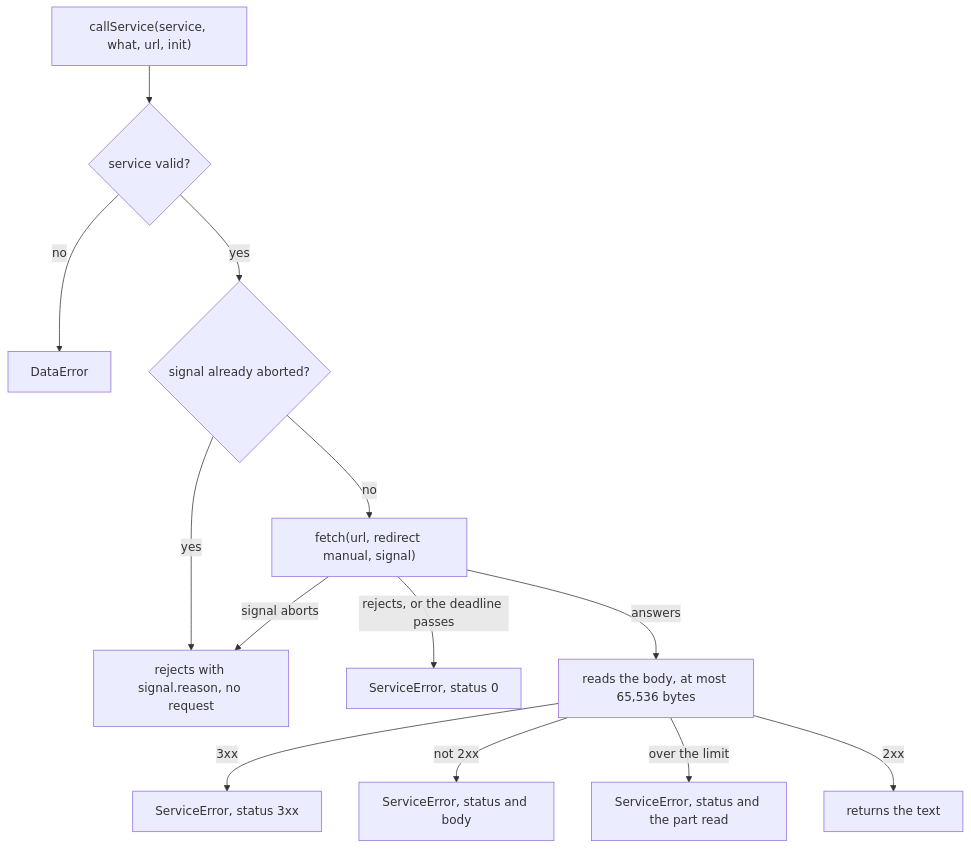
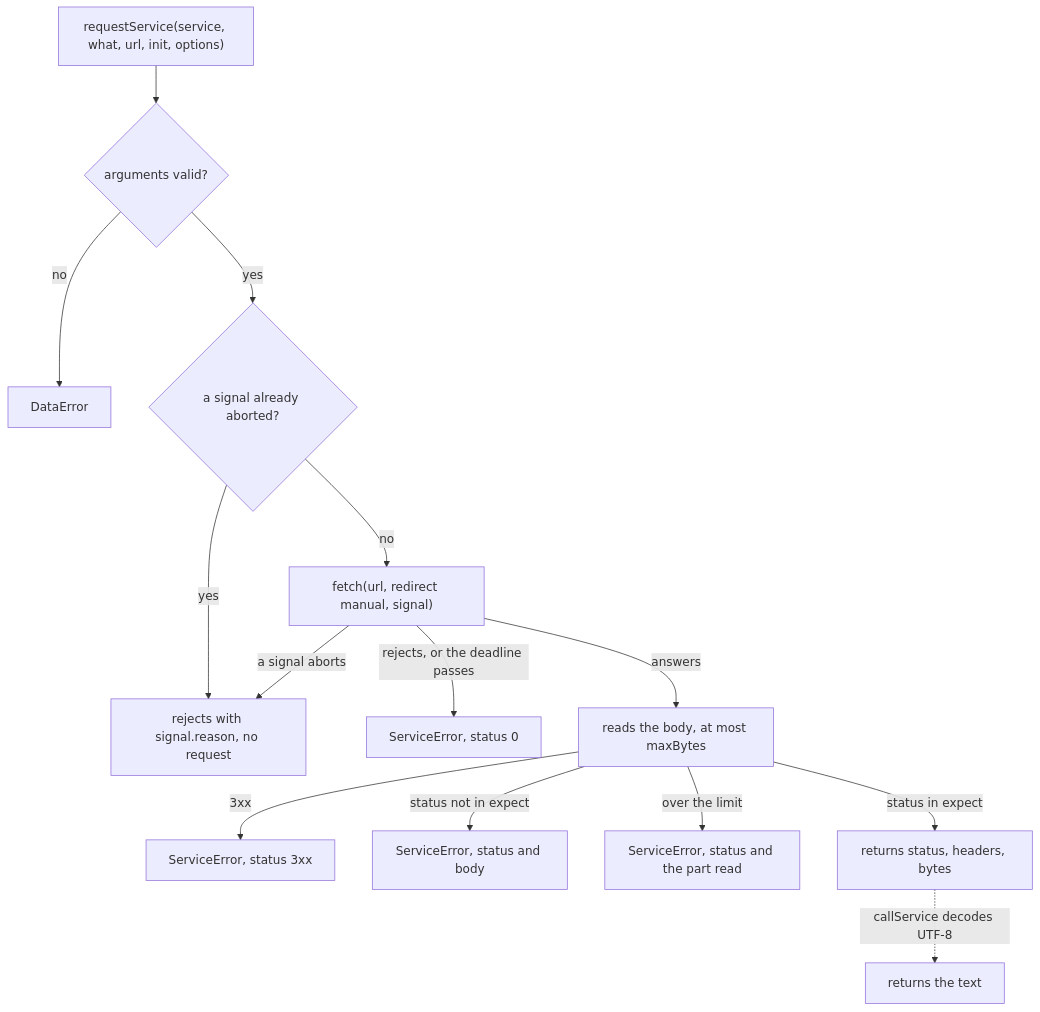
The diagram in docs/core/service.md (interopkit/interopkit), drawn with Mermaid before and after one commit. The commit also changed other lines of this file and 70 other files, not shown here.

First line of the commit message:
Move request and answer handling into core/http and read request bodies as bytes

````diff
--- a/docs/core/service.md
+++ b/docs/core/service.md
@@ -7,15 +7,16 @@
 ```mermaid
 flowchart TD
-  call["callService(service, what, url, init)"] --> valid{"service valid?"}
+  call["requestService(service, what, url, init, options)"] --> valid{"arguments valid?"}
   valid -->|no| data["DataError"]
-  valid -->|yes| aborted{"signal already aborted?"}
+  valid -->|yes| aborted{"a signal already aborted?"}
   aborted -->|yes| reason["rejects with signal.reason, no request"]
   aborted -->|no| request["fetch(url, redirect manual, signal)"]
   request -->|"rejects, or the deadline passes"| none["ServiceError, status 0"]
-  request -->|"signal aborts"| reason
-  request -->|"answers"| body["reads the body, at most 65,536 bytes"]
+  request -->|"a signal aborts"| reason
+  request -->|"answers"| body["reads the body, at most maxBytes"]
   body -->|"3xx"| redirect["ServiceError, status 3xx"]
-  body -->|"not 2xx"| error["ServiceError, status and body"]
+  body -->|"status not in expect"| error["ServiceError, status and body"]
   body -->|"over the limit"| large["ServiceError, status and the part read"]
-  body -->|"2xx"| text["returns the text"]
+  body -->|"status in expect"| answer["returns status, headers, bytes"]
+  answer -.->|"callService decodes UTF-8"| text["returns the text"]
 ```
````
